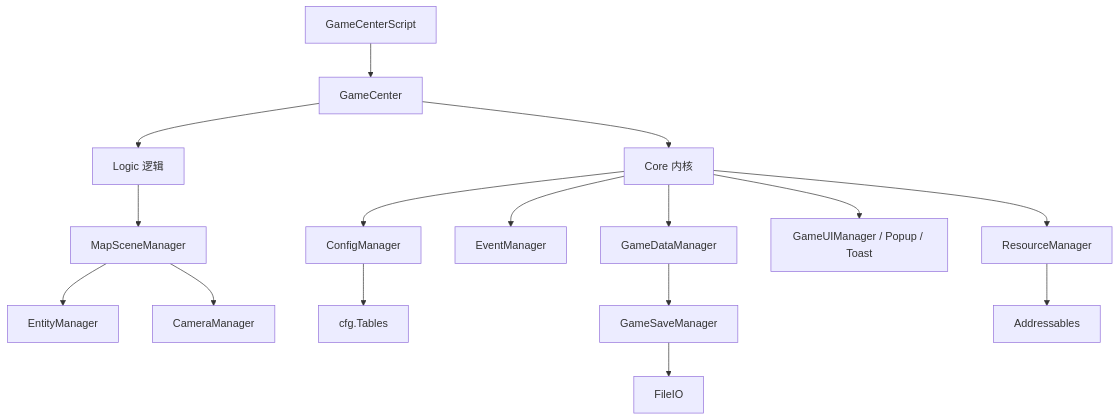
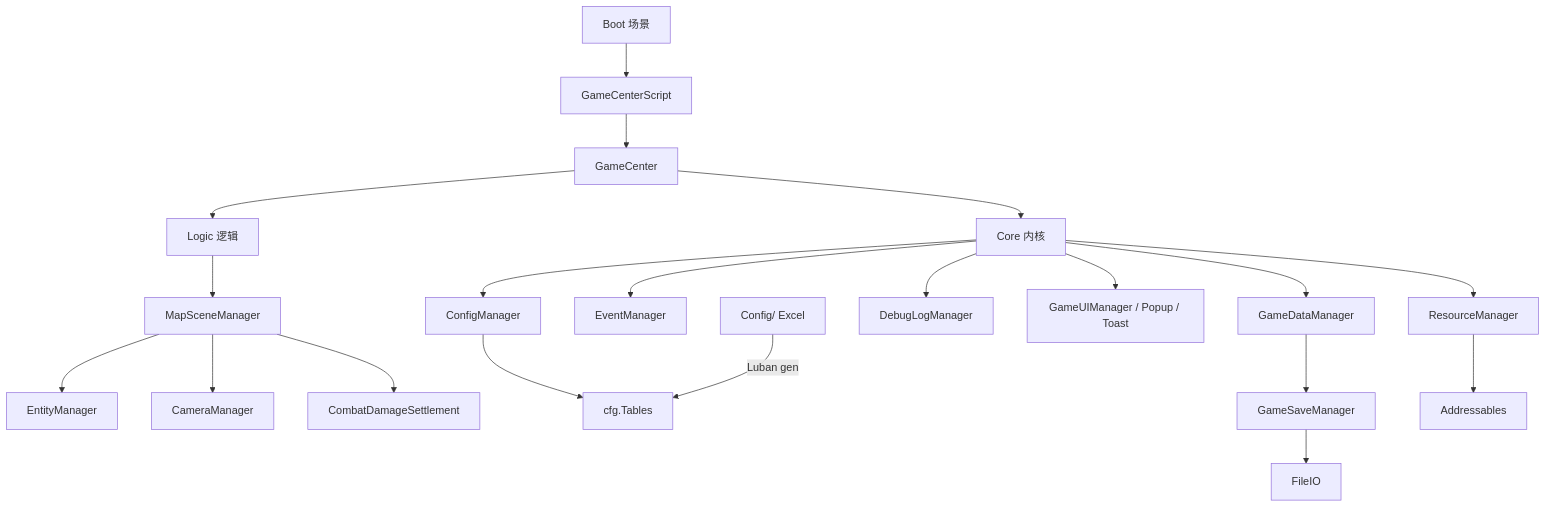
Before and after one commit to lyereb/Dragon: the diagram in README.md, drawn with Mermaid. The commit also changed other lines of this file, not shown here.

````diff
--- a/README.md
+++ b/README.md
@@ -548,18 +644,22 @@
 ```mermaid
 flowchart TB
-    GCS[GameCenterScript] --> GC[GameCenter]
+    Boot[Boot 场景] --> GCS[GameCenterScript]
+    GCS --> GC[GameCenter]
     GC --> Core[Core 内核]
     GC --> Logic[Logic 逻辑]
     Core --> RM[ResourceManager]
     Core --> CM[ConfigManager]
     Core --> EM[EventManager]
     Core --> DM[GameDataManager]
+    Core --> DLM[DebugLogManager]
     Core --> UI[GameUIManager / Popup / Toast]
     Logic --> MSM[MapSceneManager]
     MSM --> EntM[EntityManager]
     MSM --> CamM[CameraManager]
+    MSM --> Combat[CombatDamageSettlement]
     CM --> Luban[cfg.Tables]
     DM --> Save[GameSaveManager]
     Save --> FIO[FileIO]
     RM --> Addr[Addressables]
+    Config[Config/ Excel] -->|Luban gen| Luban
 ```
````
